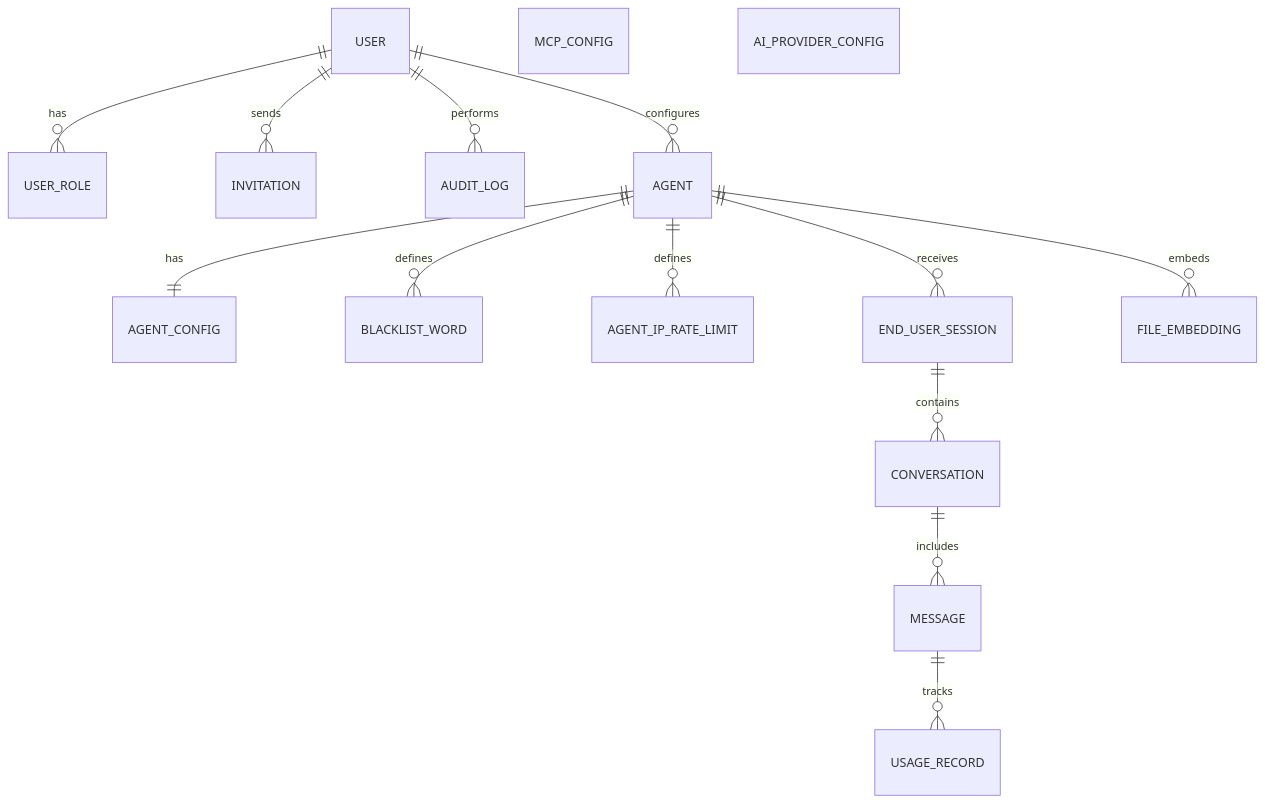
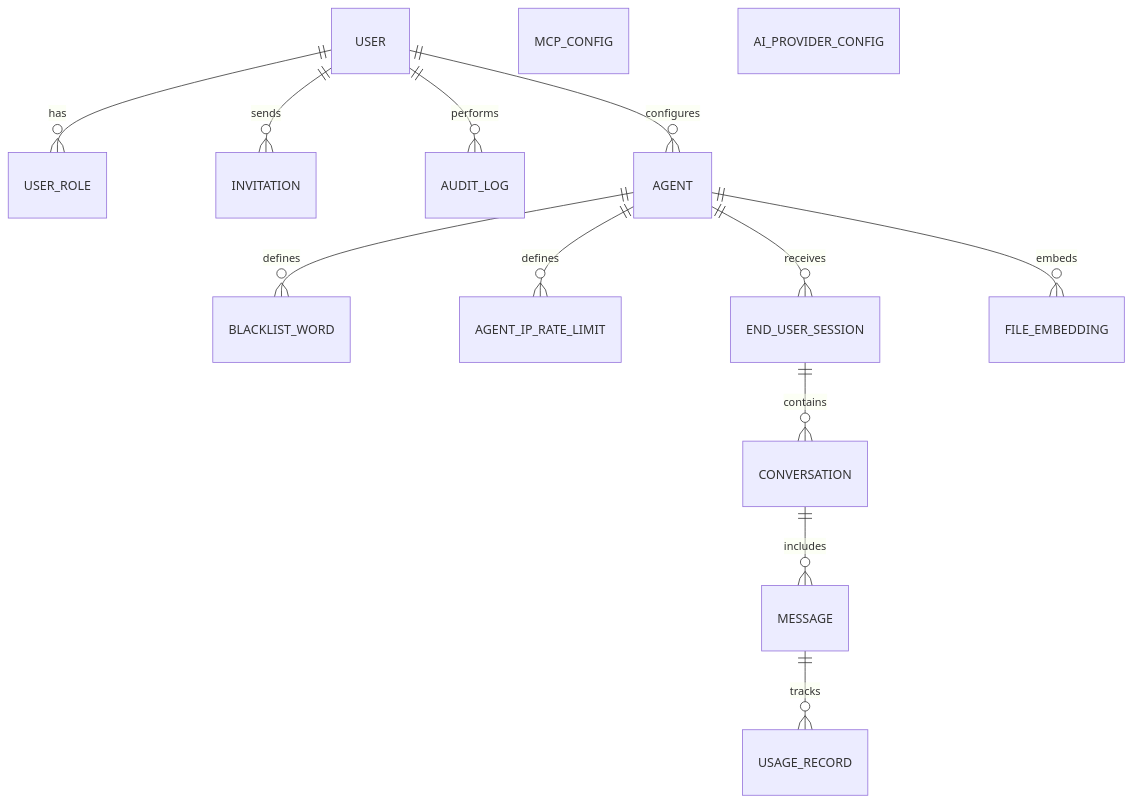
Before and after one commit to Talqo/talqo: the diagram in docs/ERD.md, drawn with Mermaid. The commit also changed 3 other files, not shown here.

First line of the commit message:
docs: address PR review — drop backward-looking ADRs and AGENT_CONFIG

````diff
--- a/docs/ERD.md
+++ b/docs/ERD.md
@@ -5,37 +5,35 @@
 ```mermaid
 erDiagram
     USER
     USER_ROLE
     INVITATION
     AUDIT_LOG
 
     AGENT
-    AGENT_CONFIG
     BLACKLIST_WORD
     AGENT_IP_RATE_LIMIT
 
     MCP_CONFIG
     AI_PROVIDER_CONFIG
 
     END_USER_SESSION
     CONVERSATION
     MESSAGE
 
     FILE_EMBEDDING
     USAGE_RECORD
 
     USER ||--o{ USER_ROLE : has
     USER ||--o{ INVITATION : sends
     USER ||--o{ AUDIT_LOG : performs
 
     USER ||--o{ AGENT : configures
-    AGENT ||--|| AGENT_CONFIG : has
     AGENT ||--o{ BLACKLIST_WORD : defines
     AGENT ||--o{ AGENT_IP_RATE_LIMIT : defines
     AGENT ||--o{ FILE_EMBEDDING : embeds
 
     AGENT ||--o{ END_USER_SESSION : receives
     END_USER_SESSION ||--o{ CONVERSATION : contains
     CONVERSATION ||--o{ MESSAGE : includes
     MESSAGE ||--o{ USAGE_RECORD : tracks
 ```
````
